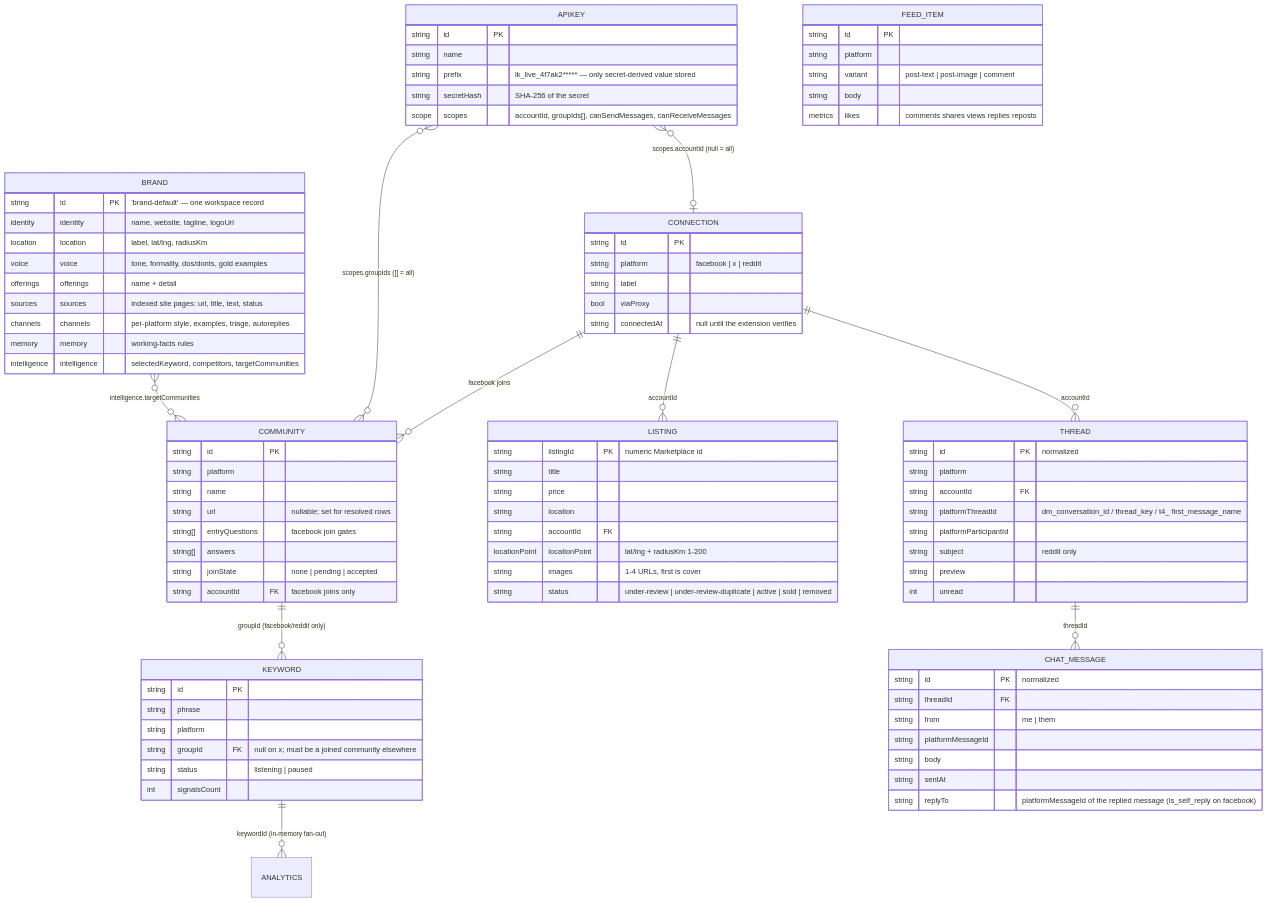
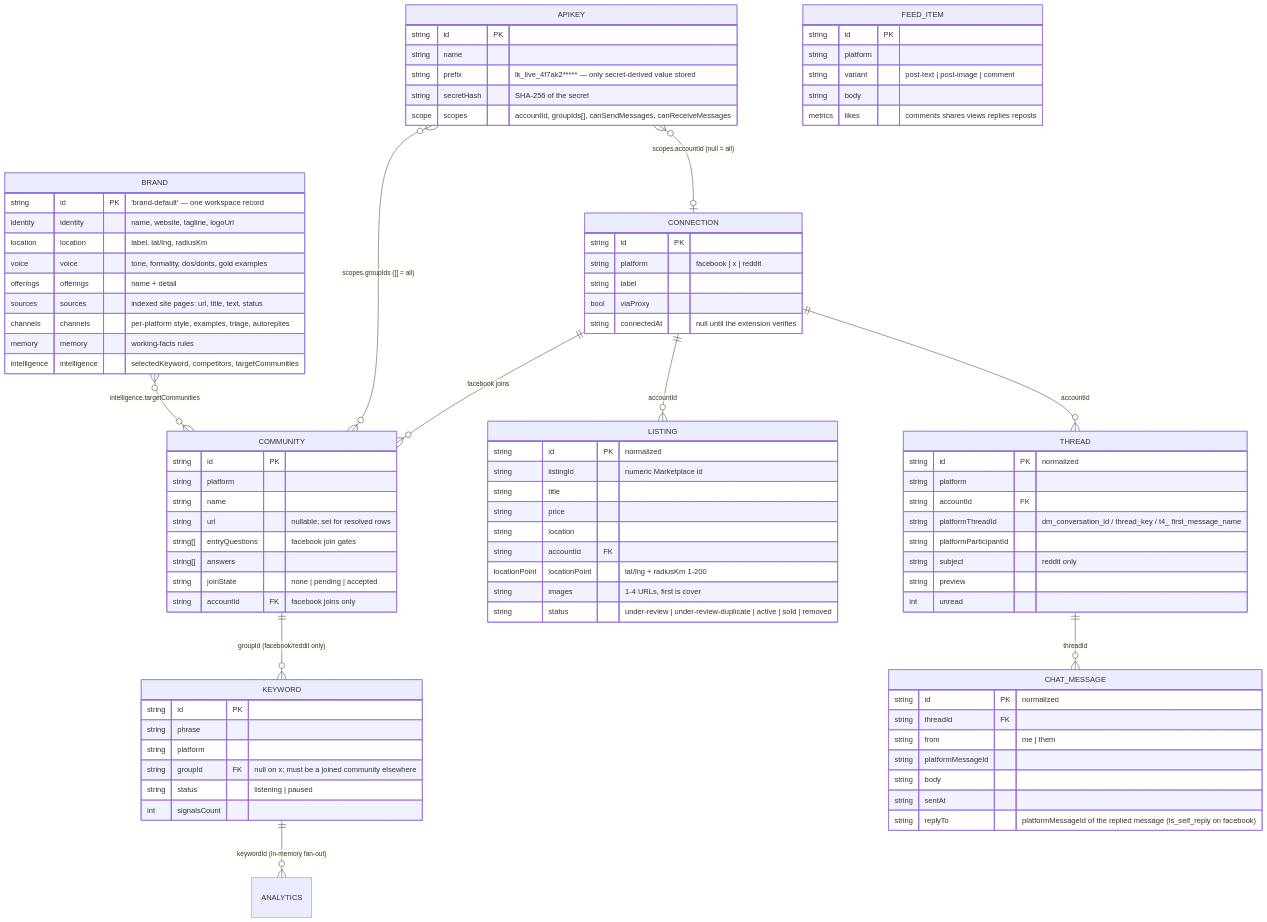
The second of 8 diagrams in README.md (matthewdonsemail-lab/log), drawn with Mermaid before and after one commit. The commit also changed other lines of this file and 5 other files, not shown here.

```diff
--- a/README.md
+++ b/README.md
@@ -114,7 +114,8 @@
     int signalsCount
   }
   LISTING {
-    string listingId PK "numeric Marketplace id"
+    string id PK "normalized"
+    string listingId "numeric Marketplace id"
     string title
     string price
     string location
```
